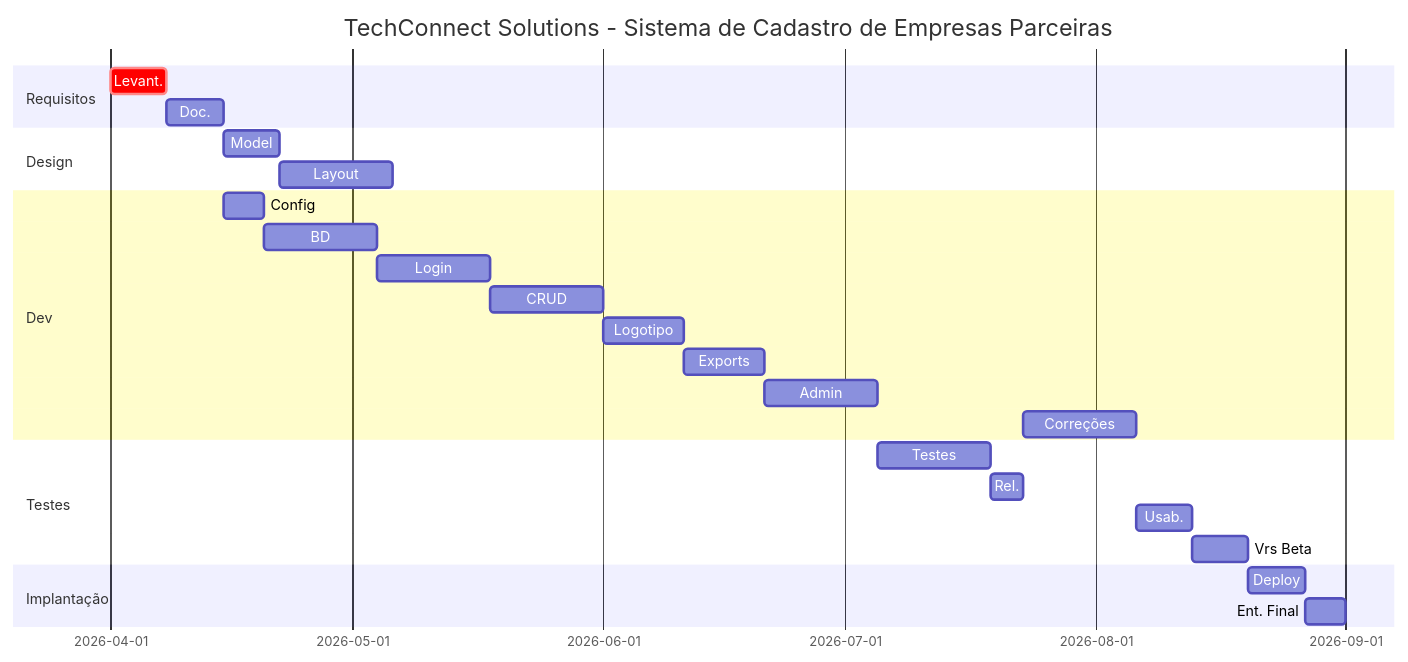
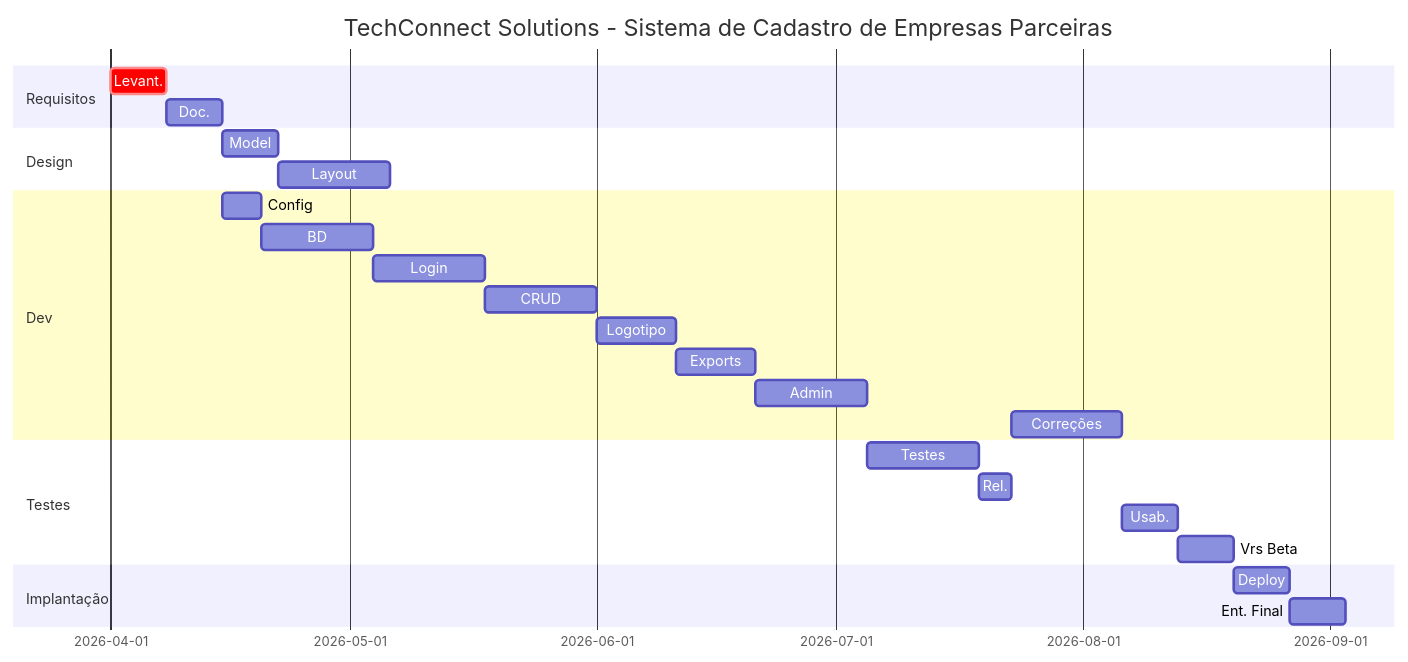
Before and after one commit to MaxPichy/teste_gannt3: the diagram in ATIVIDADE1.md, drawn with Mermaid.

````diff
--- a/ATIVIDADE1.md
+++ b/ATIVIDADE1.md
@@ -1,33 +1,33 @@
 ```mermaid
 gantt
     title TechConnect Solutions - Sistema de Cadastro de Empresas Parceiras
     dateFormat YYYY-MM-DD
     
     section Requisitos
     Levant.                    :crit, req, 2026-04-01, 7d
     Doc.                       :doc, after req, 7d
     
     section Design
     Model                      :mod, after doc, 7d
     Layout                     :lay, after mod, 14d
     
     section Dev
     Config                     :cfg, after doc, 5d
     BD                         :bd, after cfg, 14d
     Login                      :lgn, after bd, 14d
     CRUD                       :crd, after lgn, 14d
     Logotipo                   :lgt, after crd, 10d
     Exports                    :exp, after lgt, 10d
     Admin                      :adm, after exp, 14d
     Correções                  :cor, after rel, 14d
     
     section Testes
     Testes                      :tst, after adm, 14d
     Rel.                        :rel, after tst, 4d
     Usab.                       :usb, after cor, 7d
     Vrs Beta                    :beta, after usb, 7d
     
     section Implantação
     Deploy                      :deploy, after beta, 7d
-    Ent. Final                  :entrega, after deploy, 5d
+    Ent. Final                  :entrega, after deploy, 7d
 ```
````
